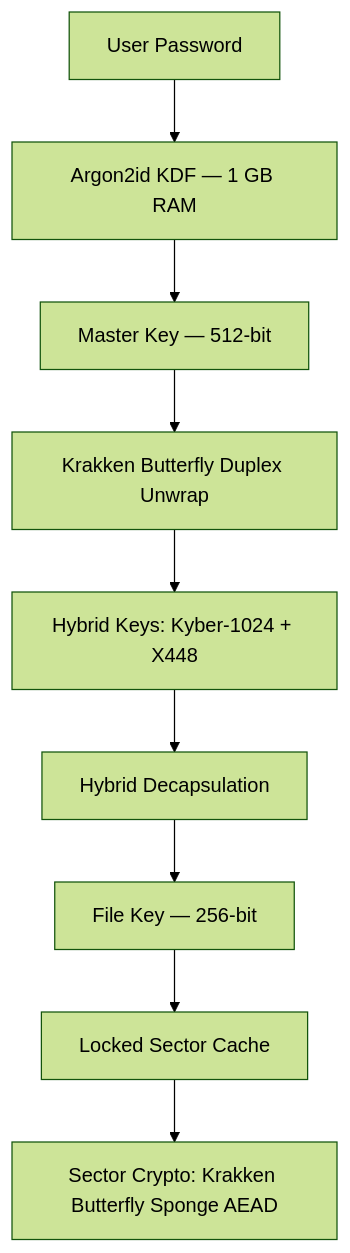
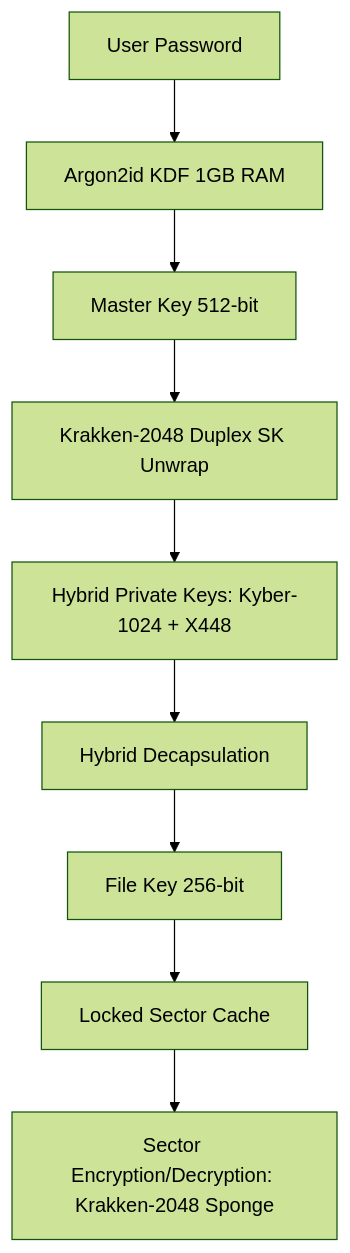
The diagram in README.md (effjy/krakken-disk-butterfly), drawn with Mermaid (forest theme) before and after one commit. The commit also changed other lines of this file and 26 other files, not shown here.

````diff
--- a/README.md
+++ b/README.md
@@ -31,11 +28,11 @@
 ```mermaid
 graph TD
-    Password[User Password] --> Argon2id[Argon2id KDF — 1 GB RAM]
-    Argon2id --> MasterKey[Master Key — 512-bit]
-    MasterKey --> KrakkenDecrypt[Krakken Butterfly Duplex Unwrap]
-    KrakkenDecrypt --> HybridKeys[Hybrid Keys: Kyber-1024 + X448]
+    Password[User Password] --> Argon2id[Argon2id KDF 1GB RAM]
+    Argon2id --> MasterKey[Master Key 512-bit]
+    MasterKey --> KrakkenDecrypt[Krakken-2048 Duplex SK Unwrap]
+    KrakkenDecrypt --> HybridKeys[Hybrid Private Keys: Kyber-1024 + X448]
     HybridKeys --> HybridDecaps[Hybrid Decapsulation]
-    HybridDecaps --> FileKey[File Key — 256-bit]
+    HybridDecaps --> FileKey[File Key 256-bit]
     FileKey --> SectorCache[Locked Sector Cache]
-    SectorCache --> SectorDec[Sector Crypto: Krakken Butterfly Sponge AEAD]
+    SectorCache --> SectorDec[Sector Encryption/Decryption: Krakken-2048 Sponge]
 ```
````
